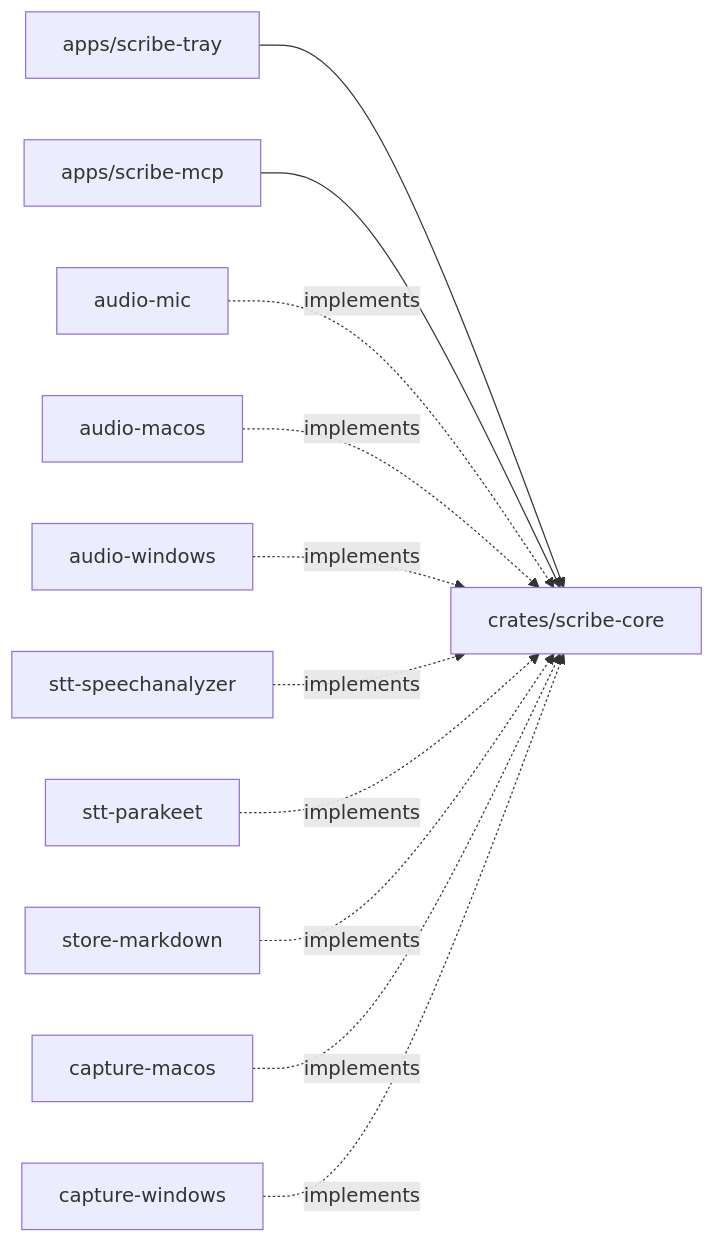
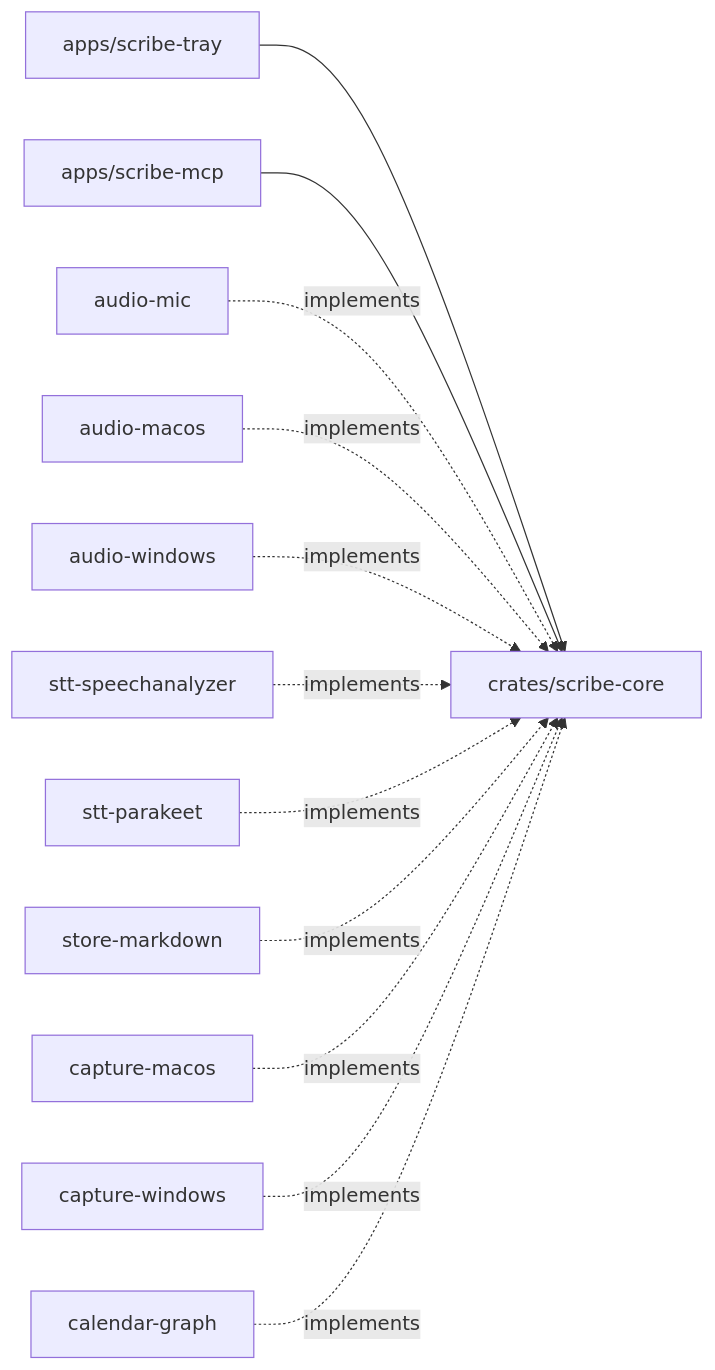
One commit to incubyte/scribe changed the diagram in docs/ARCHITECTURE.md. Above: the diagram before and after it, drawn with Mermaid. The commit also changed other lines of this file and 48 other files, not shown here.

````diff
--- a/docs/ARCHITECTURE.md
+++ b/docs/ARCHITECTURE.md
@@ -34,13 +34,14 @@
 ```mermaid
 graph LR
   Tray[apps/scribe-tray] --> Core[crates/scribe-core]
   MCP[apps/scribe-mcp] --> Core
   Mic[audio-mic] -.implements.-> Core
   Mac[audio-macos] -.implements.-> Core
   Win[audio-windows] -.implements.-> Core
   SA[stt-speechanalyzer] -.implements.-> Core
   PK[stt-parakeet] -.implements.-> Core
   MD[store-markdown] -.implements.-> Core
   CapMac[capture-macos] -.implements.-> Core
   CapWin[capture-windows] -.implements.-> Core
+  Graph[calendar-graph] -.implements.-> Core
 ```
````
